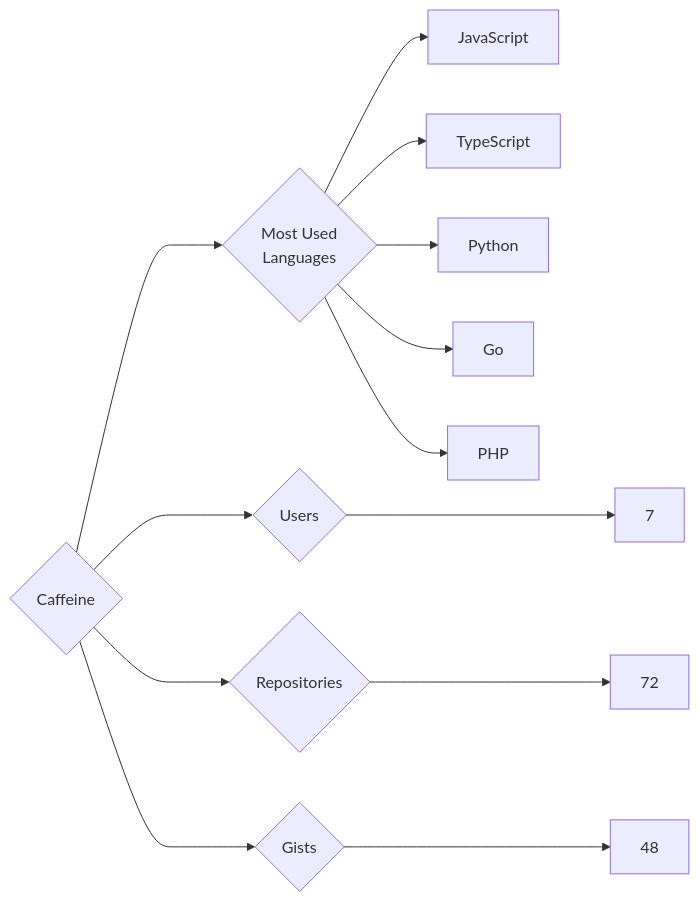
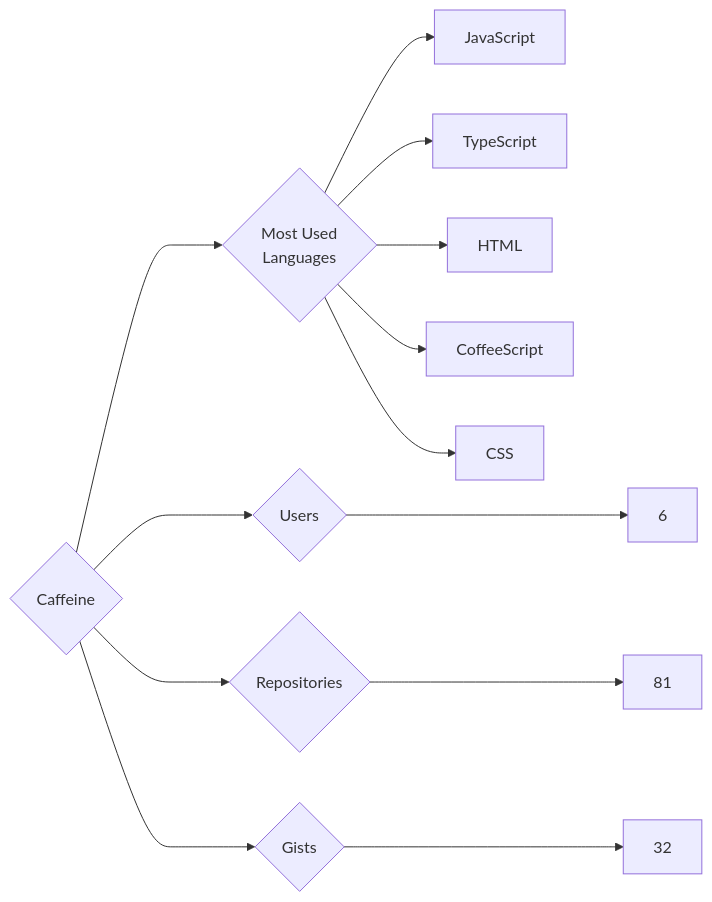
One commit to trickest/insiders changed the diagram in targets/Caffeine/README.md. Above: the diagram before and after it, drawn with Mermaid. The commit also changed 679 other files, not shown here.

````diff
--- a/targets/Caffeine/README.md
+++ b/targets/Caffeine/README.md
@@ -3,13 +3,13 @@
 ```mermaid
 graph LR
 COMPANY_NAME{Caffeine}
-COMPANY_NAME ---> U{Users} ---> UN[7]
-COMPANY_NAME ---> R{Repositories} ---> RN[72]
-COMPANY_NAME ---> G{Gists} ---> GN[48]
+COMPANY_NAME ---> U{Users} ---> UN[6]
+COMPANY_NAME ---> R{Repositories} ---> RN[81]
+COMPANY_NAME ---> G{Gists} ---> GN[32]
 COMPANY_NAME ---> ML{Most Used<br>Languages}
 ML --> JavaScript[JavaScript]
 ML --> TypeScript[TypeScript]
-ML --> Python[Python]
-ML --> Go[Go]
-ML --> PHP[PHP]
+ML --> HTML[HTML]
+ML --> CoffeeScript[CoffeeScript]
+ML --> CSS[CSS]
 ```
````
